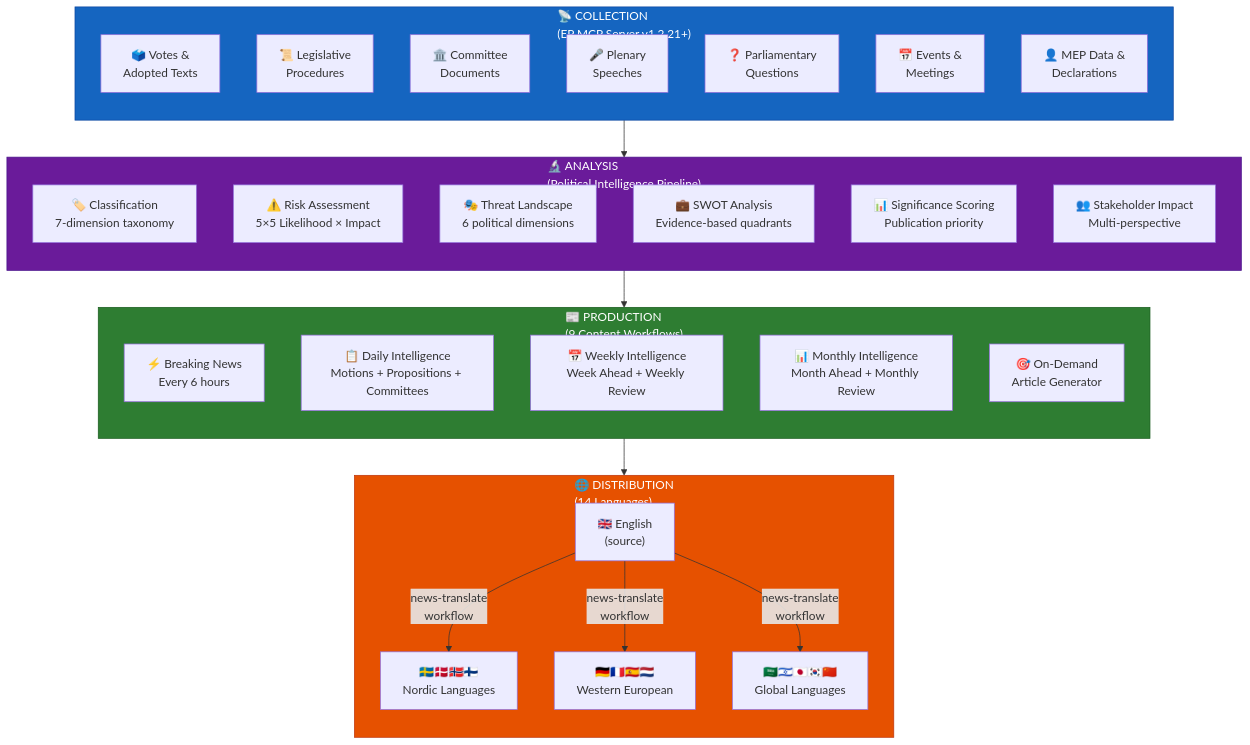
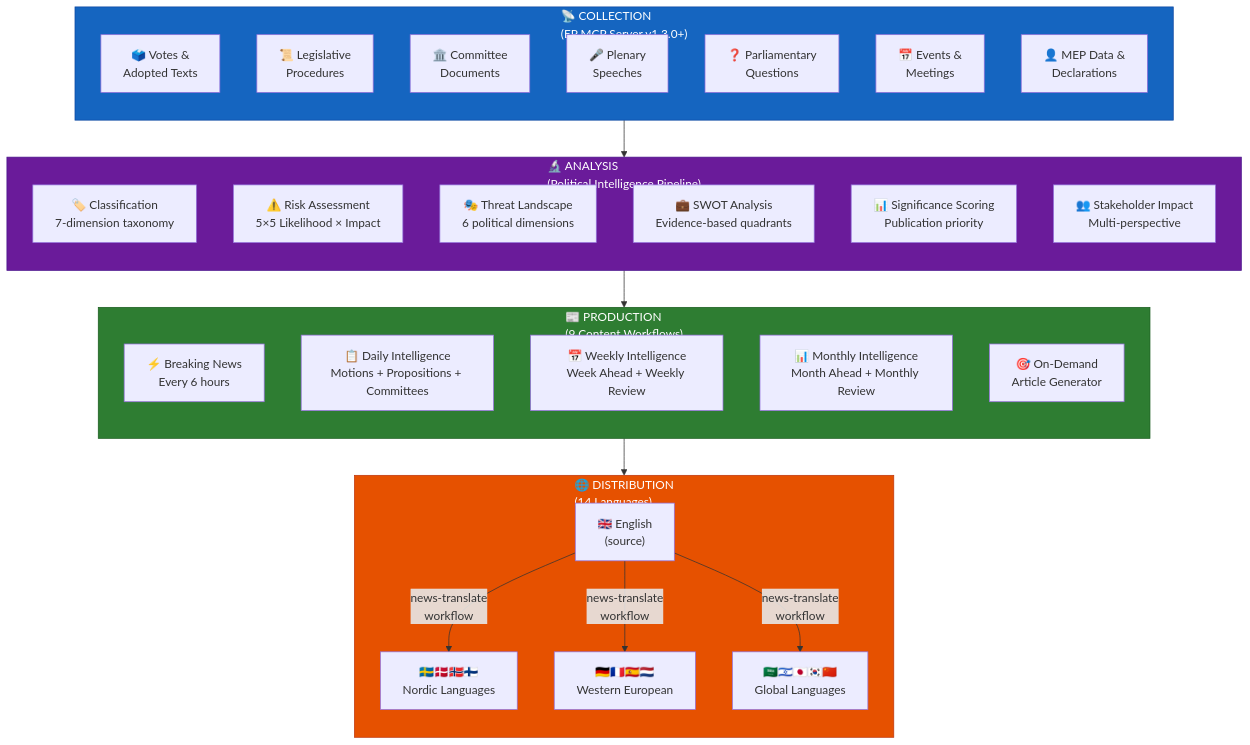
Before and after one commit to Hack23/euparliamentmonitor: diagram 19 of 22 in WORKFLOWS.md, drawn with Mermaid. The commit also changed other lines of this file and 78 other files, not shown here.

First line of the commit message:
upgrade: european-parliament-mcp-server 1.2.21 → 1.3.0, add get_latest_votes

````diff
--- a/WORKFLOWS.md
+++ b/WORKFLOWS.md
@@ -1920,48 +1920,48 @@
 ```mermaid
 flowchart TD
-    subgraph Collection["📡 COLLECTION<br/>(EP MCP Server v1.2.21+)"]
+    subgraph Collection["📡 COLLECTION<br/>(EP MCP Server v1.3.0+)"]
         direction TB
         C1["🗳️ Votes &<br/>Adopted Texts"]
         C2["📜 Legislative<br/>Procedures"]
         C3["🏛️ Committee<br/>Documents"]
         C4["🎤 Plenary<br/>Speeches"]
         C5["❓ Parliamentary<br/>Questions"]
         C6["📅 Events &<br/>Meetings"]
         C7["👤 MEP Data &<br/>Declarations"]
     end
 
     subgraph Analysis["🔬 ANALYSIS<br/>(Political Intelligence Pipeline)"]
         direction TB
         A1["🏷️ Classification<br/>7-dimension taxonomy"]
         A2["⚠️ Risk Assessment<br/>5×5 Likelihood × Impact"]
         A3["🎭 Threat Landscape<br/>6 political dimensions"]
         A4["💼 SWOT Analysis<br/>Evidence-based quadrants"]
         A5["📊 Significance Scoring<br/>Publication priority"]
         A6["👥 Stakeholder Impact<br/>Multi-perspective"]
     end
 
     subgraph Production["📰 PRODUCTION<br/>(9 Content Workflows)"]
         direction TB
         P1["⚡ Breaking News<br/>Every 6 hours"]
         P2["📋 Daily Intelligence<br/>Motions + Propositions + Committees"]
         P3["📅 Weekly Intelligence<br/>Week Ahead + Weekly Review"]
         P4["📊 Monthly Intelligence<br/>Month Ahead + Monthly Review"]
         P5["🎯 On-Demand<br/>Article Generator"]
     end
 
     subgraph Distribution["🌐 DISTRIBUTION<br/>(14 Languages)"]
         direction TB
         D1["🇬🇧 English<br/>(source)"]
         D2["🇸🇪🇩🇰🇳🇴🇫🇮<br/>Nordic Languages"]
         D3["🇩🇪🇫🇷🇪🇸🇳🇱<br/>Western European"]
         D4["🇸🇦🇮🇱🇯🇵🇰🇷🇨🇳<br/>Global Languages"]
     end
 
     Collection --> Analysis --> Production --> D1
     D1 --> |"news-translate<br/>workflow"| D2 & D3 & D4
 
     style Collection fill:#1565C0,stroke:#0D47A1,color:#FFFFFF
     style Analysis fill:#6A1B9A,stroke:#4A148C,color:#FFFFFF
     style Production fill:#2E7D32,stroke:#1B5E20,color:#FFFFFF
     style Distribution fill:#E65100,stroke:#BF360C,color:#FFFFFF
 ```
````
